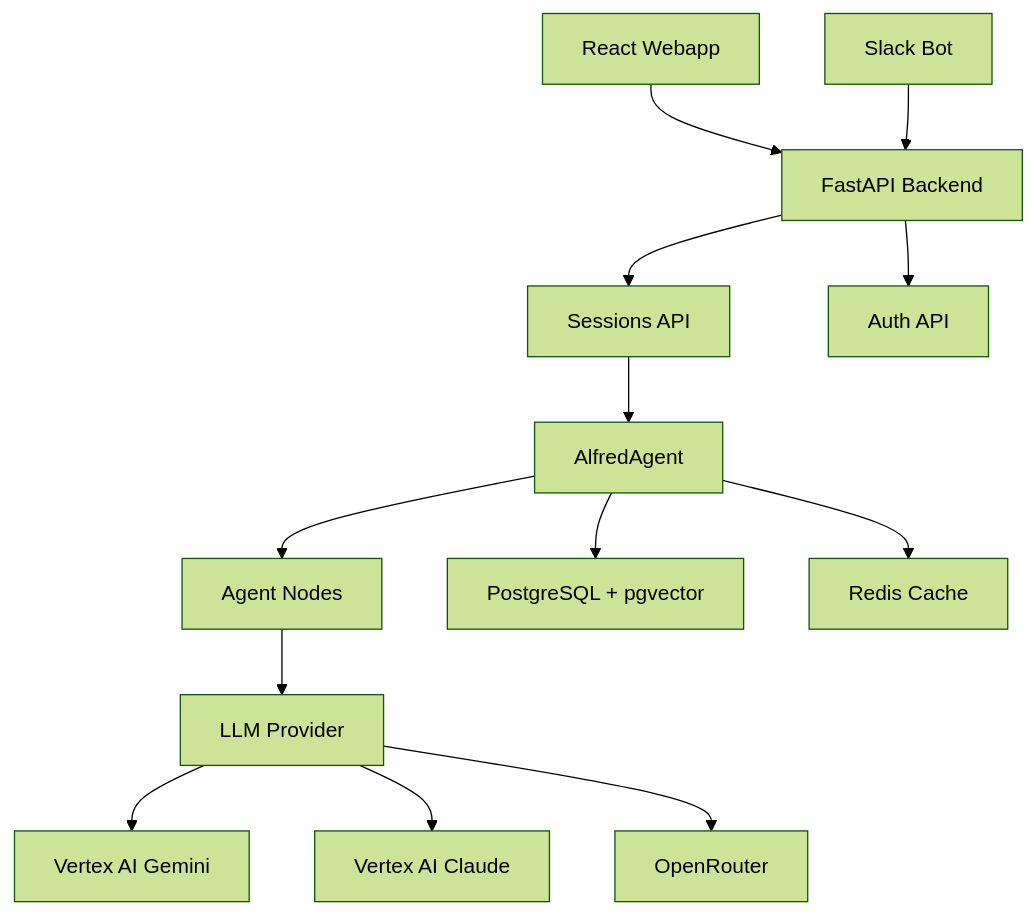
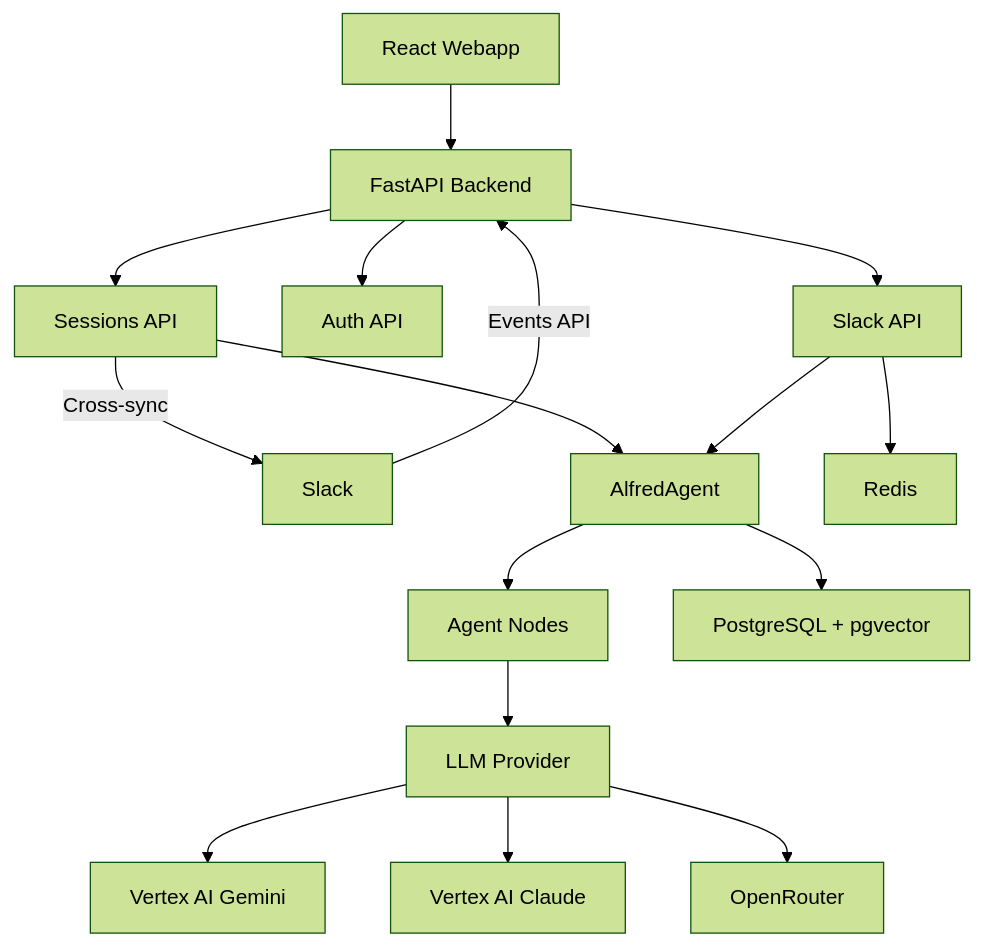
One commit to tekkno89/alfred-pa changed the diagram in .claude/diagrams/architecture.md. Above: the diagram before and after it, drawn with Mermaid (forest theme). The commit also changed other lines of this file and 31 other files, not shown here.

First line of the commit message:
feat: Implement Phase 6 Slack integration with bi-directional sync

````diff
--- a/.claude/diagrams/architecture.md
+++ b/.claude/diagrams/architecture.md
@@ -5,15 +5,18 @@
 ```mermaid
 graph TD
     A[React Webapp] --> B[FastAPI Backend]
-    C[Slack Bot] --> B
+    C[Slack] -->|Events API| B
     B --> D[Sessions API]
     B --> E[Auth API]
+    B --> S[Slack API]
     D --> F[AlfredAgent]
+    S --> F
     F --> G[Agent Nodes]
     G --> H[LLM Provider]
     H --> I[Vertex AI Gemini]
     H --> J[Vertex AI Claude]
     H --> K[OpenRouter]
     F --> L[PostgreSQL + pgvector]
-    F --> M[Redis Cache]
+    S --> M[Redis]
+    D -->|Cross-sync| C
 ```
````
